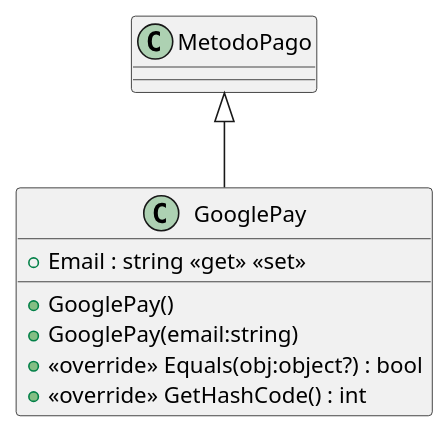
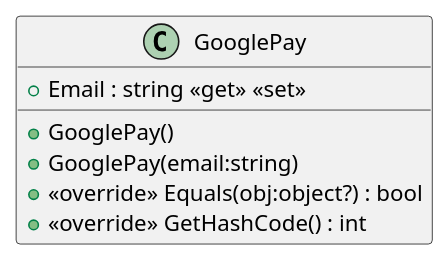
One commit to ISII2627NPA/ISII2627NPA changed the diagram in src/AppForSEII.API/ClassDiagram/GooglePay.puml. Above: the diagram before and after it, drawn with PlantUML. The commit also changed 11 other files, not shown here.

First line of the commit message:
101 arreglar diagramas para el caso de uso comprar libros (#102)

```diff
--- a/src/AppForSEII.API/ClassDiagram/GooglePay.puml
+++ b/src/AppForSEII.API/ClassDiagram/GooglePay.puml
@@ -1,11 +1,11 @@
 @startuml
 class GooglePay {
     + GooglePay()
     + GooglePay(email:string)
     + Email : string <<get>> <<set>>
     + <<override>> Equals(obj:object?) : bool
     + <<override>> GetHashCode() : int
 }
 
-MetodoPago <|-- GooglePay
+
 @enduml
```
